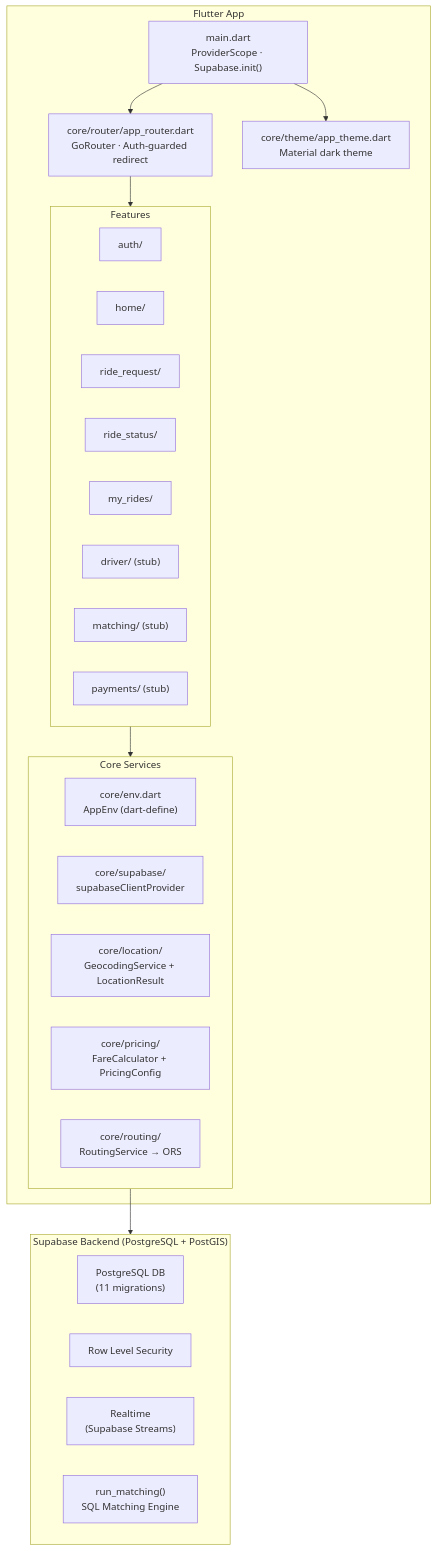
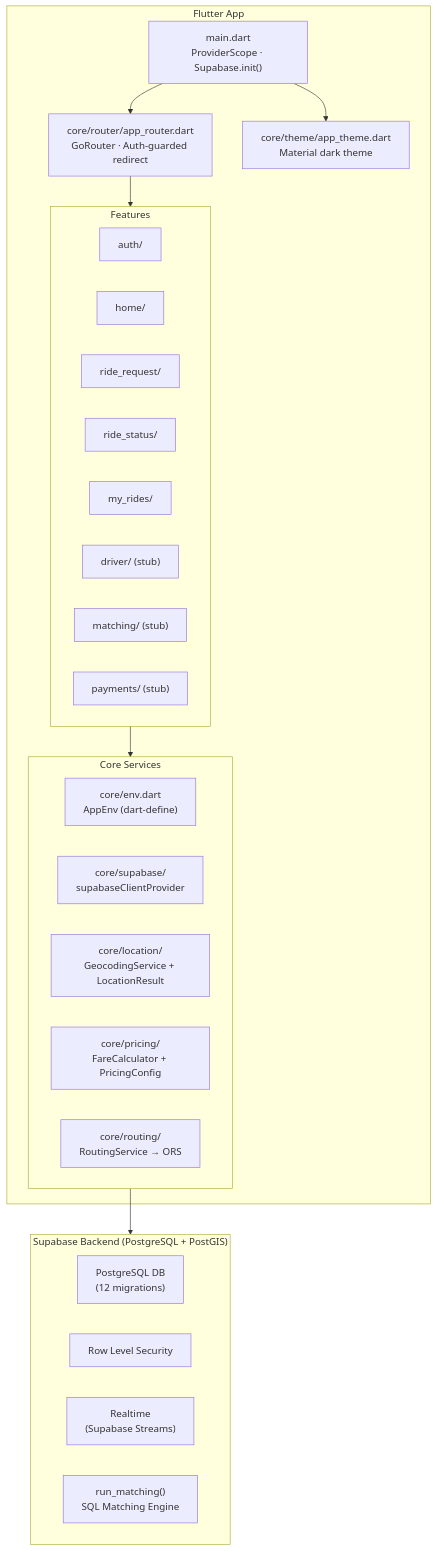
The first of 9 diagrams in sharegari_graph.md (flywithcoding/sharegari), drawn with Mermaid before and after one commit. The commit also changed other lines of this file and 7 other files, not shown here.

````diff
--- a/sharegari_graph.md
+++ b/sharegari_graph.md
@@ -10,40 +10,40 @@
 ```mermaid
 graph TD
     subgraph Flutter["Flutter App"]
         MAIN["main.dart\nProviderScope · Supabase.init()"]
         ROUTER["core/router/app_router.dart\nGoRouter · Auth-guarded redirect"]
         THEME["core/theme/app_theme.dart\nMaterial dark theme"]
 
         subgraph Features["Features"]
             AUTH["auth/"]
             HOME["home/"]
             RREQ["ride_request/"]
             RSTATUS["ride_status/"]
             MYRIDES["my_rides/"]
             DRIVER["driver/ (stub)"]
             MATCHING["matching/ (stub)"]
             PAYMENTS["payments/ (stub)"]
         end
 
         subgraph Core["Core Services"]
             ENV["core/env.dart\nAppEnv (dart-define)"]
             SB_PROV["core/supabase/\nsupabaseClientProvider"]
             LOC["core/location/\nGeocodingService + LocationResult"]
             PRICING["core/pricing/\nFareCalculator + PricingConfig"]
             ROUTING["core/routing/\nRoutingService → ORS"]
         end
     end
 
     subgraph Supabase["Supabase Backend (PostgreSQL + PostGIS)"]
-        DB["PostgreSQL DB\n(11 migrations)"]
+        DB["PostgreSQL DB\n(12 migrations)"]
         RLS["Row Level Security"]
         RT["Realtime\n(Supabase Streams)"]
         MATCH_FN["run_matching()\nSQL Matching Engine"]
     end
 
     MAIN --> ROUTER
     MAIN --> THEME
     ROUTER --> Features
     Features --> Core
     Core --> Supabase
 ```
````
